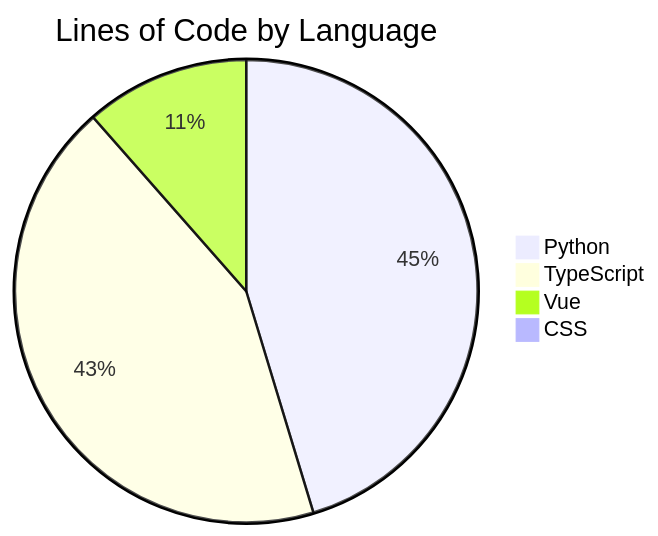
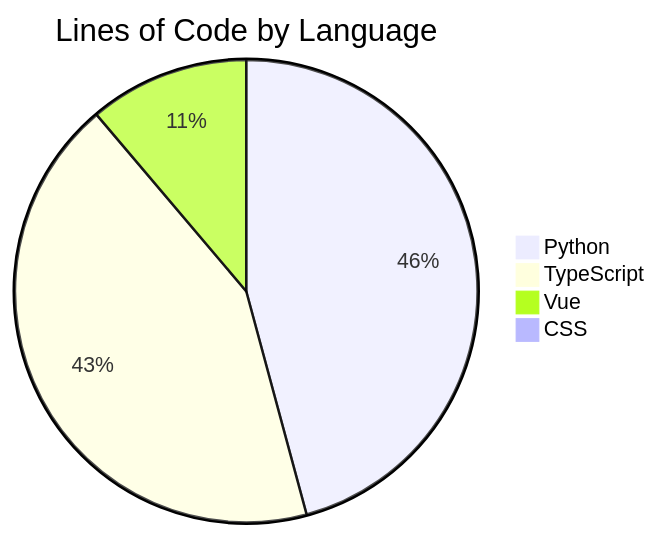
One commit to ISW-stack/AI3L-Community changed the diagram in README.md. Above: the diagram before and after it, drawn with Mermaid. The commit also changed other lines of this file and 1 other file, not shown here.

````diff
--- a/README.md
+++ b/README.md
@@ -247,7 +247,7 @@
 ```mermaid
 pie title Lines of Code by Language
-    "Python" : 75469
-    "TypeScript" : 71953
-    "Vue" : 19136
+    "Python" : 78420
+    "TypeScript" : 73652
+    "Vue" : 19161
     "CSS" : 109
 ```
````
